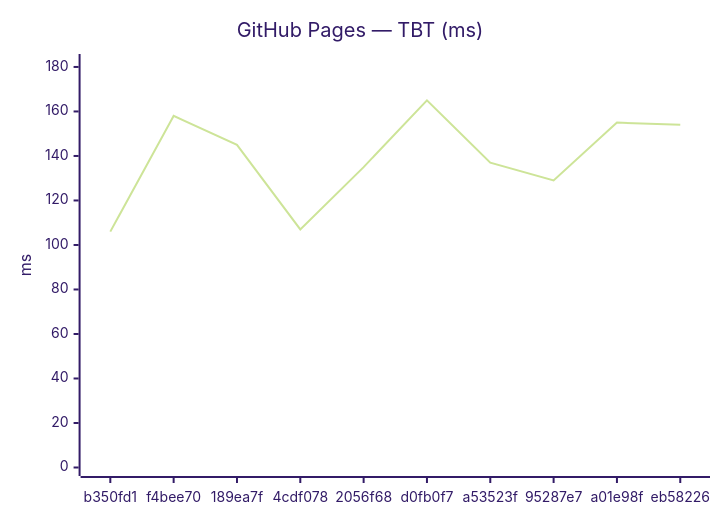
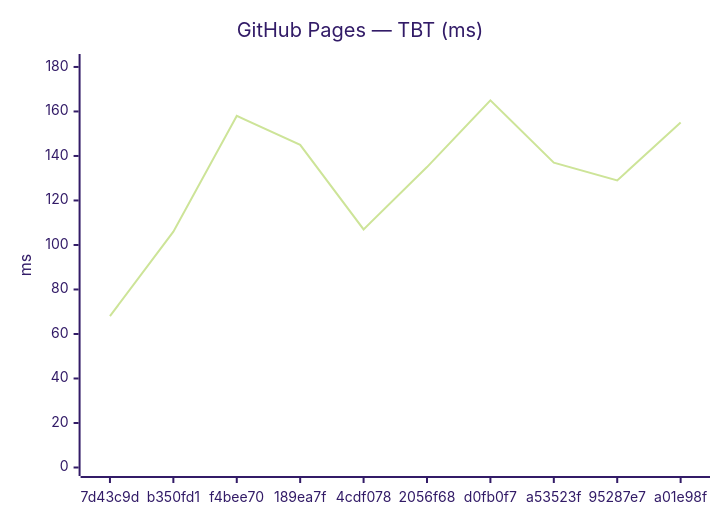
One commit to Metaheurist/Rianell changed the fourth of 18 diagrams in benchmarks/compare.md. Above: the diagram before and after it, drawn with Mermaid (forest theme). The commit also changed other lines of this file and 11 other files, not shown here.

````diff
--- a/benchmarks/compare.md
+++ b/benchmarks/compare.md
@@ -61,7 +61,7 @@
 ```mermaid
 xychart-beta
     title "GitHub Pages — TBT (ms)"
-    x-axis ["b350fd1", "f4bee70", "189ea7f", "4cdf078", "2056f68", "d0fb0f7", "a53523f", "95287e7", "a01e98f", "eb58226"]
+    x-axis ["7d43c9d", "b350fd1", "f4bee70", "189ea7f", "4cdf078", "2056f68", "d0fb0f7", "a53523f", "95287e7", "a01e98f"]
     y-axis "ms" 0 --> 182
-    line [106, 158, 145, 107, 135, 165, 137, 129, 155, 154]
+    line [68, 106, 158, 145, 107, 135, 165, 137, 129, 155]
 ```
````
